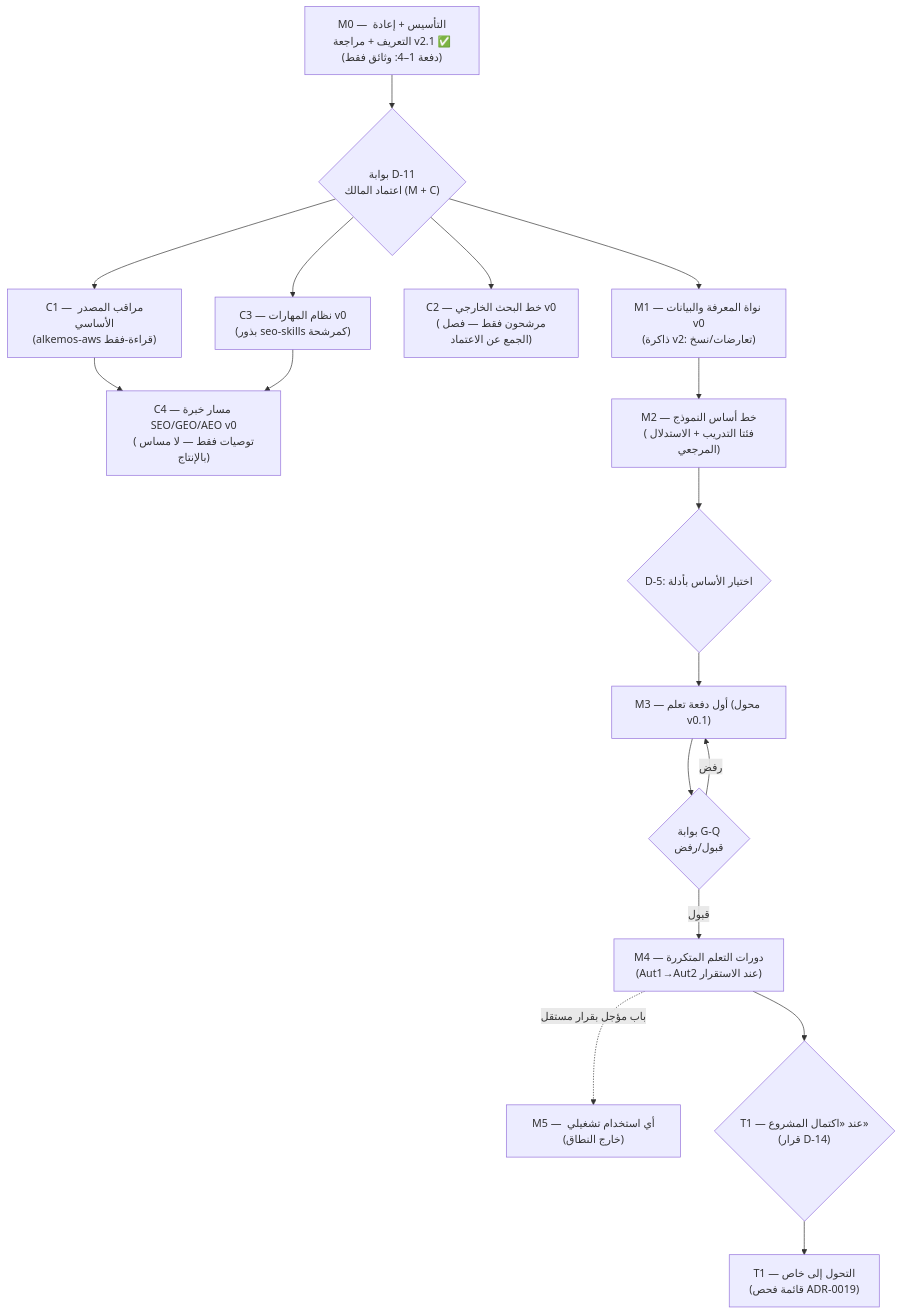
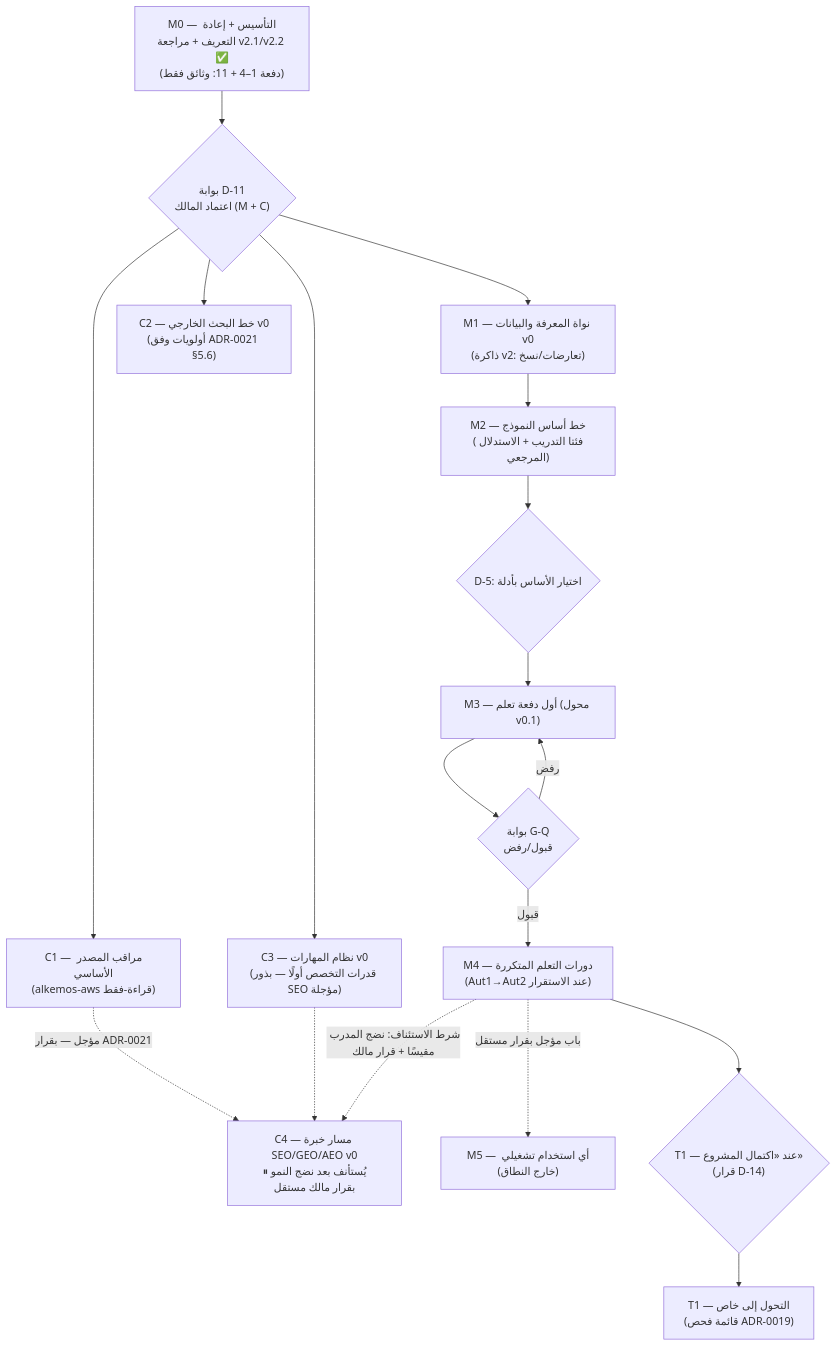
One commit to muscleshubfit-cpu/AlkemosAI changed the diagram in MASTER_ROADMAP.md. Above: the diagram before and after it, drawn with Mermaid. The commit also changed other lines of this file and 18 other files, not shown here.

````diff
--- a/MASTER_ROADMAP.md
+++ b/MASTER_ROADMAP.md
@@ -10,20 +10,21 @@
 ```mermaid
 graph TD
-  M0["M0 — التأسيس + إعادة التعريف + مراجعة v2.1 ✅<br/>(دفعة 1–4: وثائق فقط)"] --> G11{"بوابة D-11<br/>اعتماد المالك (M + C)"}
+  M0["M0 — التأسيس + إعادة التعريف + مراجعة v2.1/v2.2 ✅<br/>(دفعة 1–4 + 11: وثائق فقط)"] --> G11{"بوابة D-11<br/>اعتماد المالك (M + C)"}
   G11 --> M1["M1 — نواة المعرفة والبيانات v0<br/>(ذاكرة v2: تعارضات/نسخ)"]
   G11 --> C1["C1 — مراقب المصدر الأساسي<br/>(alkemos-aws قراءة-فقط)"]
-  G11 --> C2["C2 — خط البحث الخارجي v0<br/>(مرشحون فقط — فصل الجمع عن الاعتماد)"]
-  G11 --> C3["C3 — نظام المهارات v0<br/>(بذور seo-skills كمرشحة)"]
-  C1 --> C4["C4 — مسار خبرة SEO/GEO/AEO v0<br/>(توصيات فقط — لا مساس بالإنتاج)"]
-  C3 --> C4
+  G11 --> C2["C2 — خط البحث الخارجي v0<br/>(أولويات وفق ADR-0021 §5.6)"]
+  G11 --> C3["C3 — نظام المهارات v0<br/>(قدرات التخصص أولًا — بذور SEO مؤجلة)"]
+  C1 -.->|مؤجل — بقرار ADR-0021| C4["C4 — مسار خبرة SEO/GEO/AEO v0<br/>⏸ يُستأنف بعد نضج النمو<br/>بقرار مالك مستقل"]
+  C3 -.-> C4
   M1 --> M2["M2 — خط أساس النموذج<br/>(فئتا التدريب + الاستدلال المرجعي)"]
   M2 --> D5{"D-5: اختيار الأساس بأدلة"}
   D5 --> M3["M3 — أول دفعة تعلم (محول v0.1)"]
   M3 --> GQ{"بوابة G-Q<br/>قبول/رفض"}
   GQ -->|قبول| M4["M4 — دورات التعلم المتكررة<br/>(Aut1→Aut2 عند الاستقرار)"]
   GQ -->|رفض| M3
   M4 -.->|باب مؤجل بقرار مستقل| M5["M5 — أي استخدام تشغيلي (خارج النطاق)"]
   M4 --> T1d{"T1 — عند «اكتمال المشروع»<br/>(قرار D-14)"}
   T1d --> T1["T1 — التحول إلى خاص<br/>(قائمة فحص ADR-0019)"]
+  M4 -.->|شرط الاستئناف: نضج المدرب مقيسًا + قرار مالك| C4
 
 ```
````
